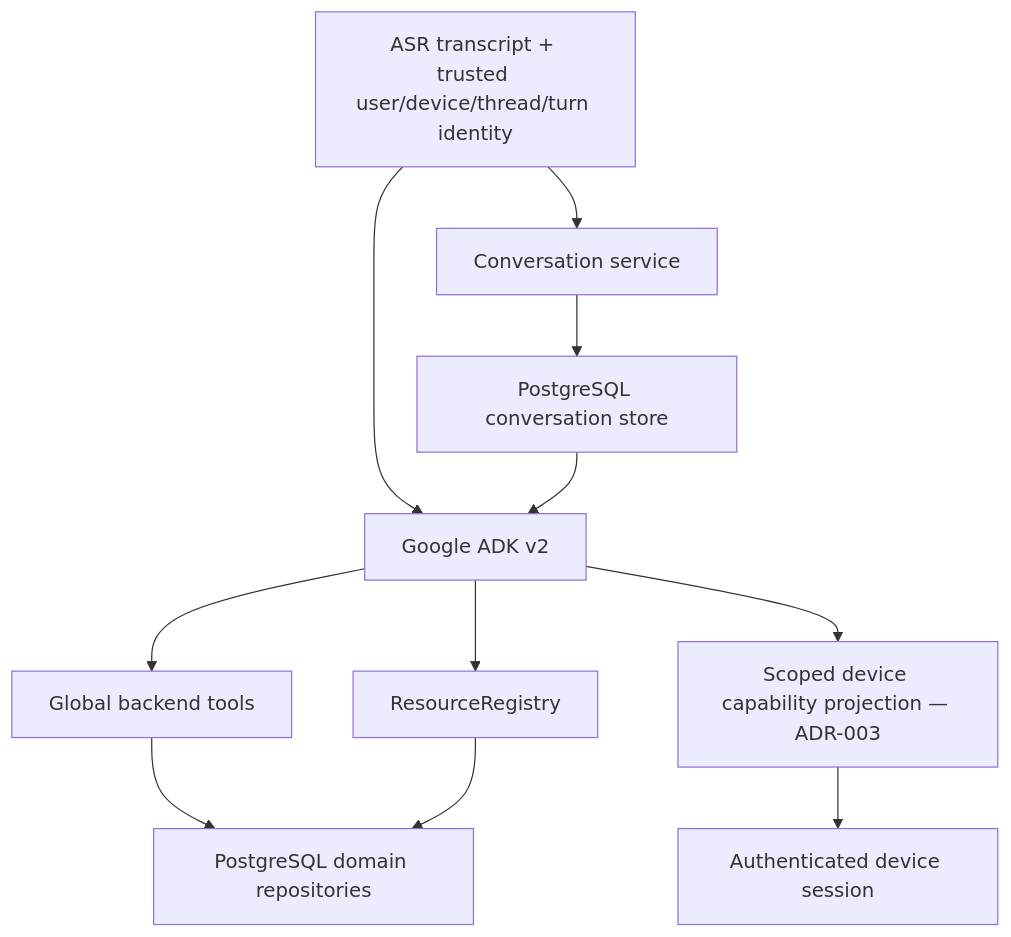
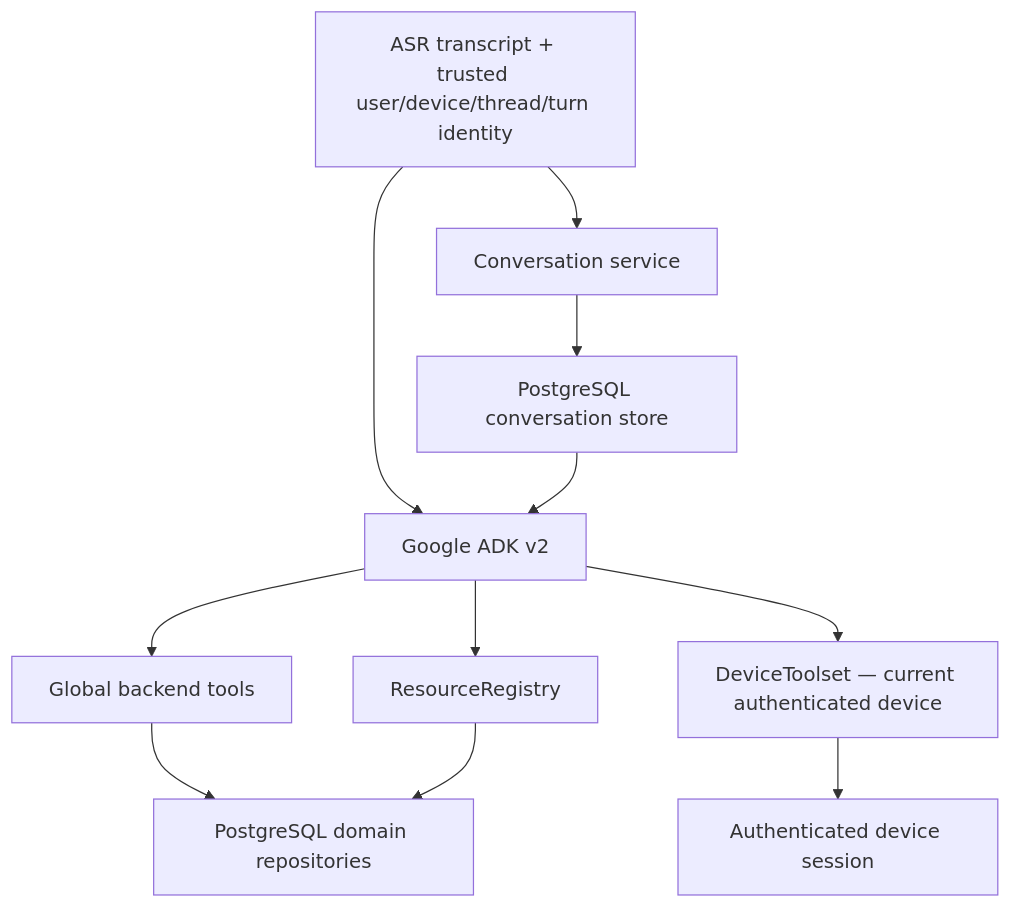
Before and after one commit to diepgiahuy/ai-companion: the diagram in docs/ARCHITECTURE.md, drawn with Mermaid. The commit also changed other lines of this file, not shown here.

Commit message:
docs(architecture): record implemented device tool scoping

````diff
--- a/docs/ARCHITECTURE.md
+++ b/docs/ARCHITECTURE.md
@@ -78,13 +79,13 @@
 ```mermaid
 flowchart TD
     Turn["ASR transcript + trusted user/device/thread/turn identity"] --> Conversation["Conversation service"]
     Conversation --> History["PostgreSQL conversation store"]
     Turn --> Agent["Google ADK v2"]
     History --> Agent
     Agent --> GlobalTools["Global backend tools"]
     Agent --> Resources["ResourceRegistry"]
     GlobalTools --> Domain["PostgreSQL domain repositories"]
     Resources --> Domain
-    Agent --> DeviceCaps["Scoped device capability projection — ADR-003"]
+    Agent --> DeviceCaps["DeviceToolset — current authenticated device"]
     DeviceCaps --> Device["Authenticated device session"]
 ```
````
